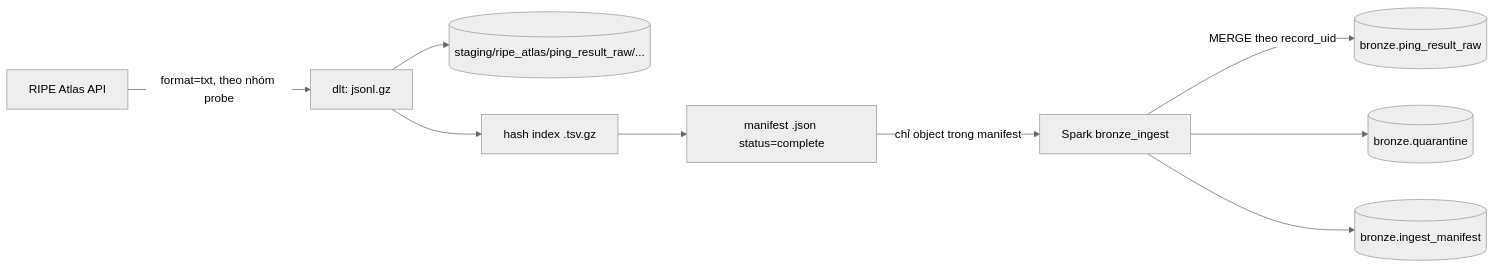
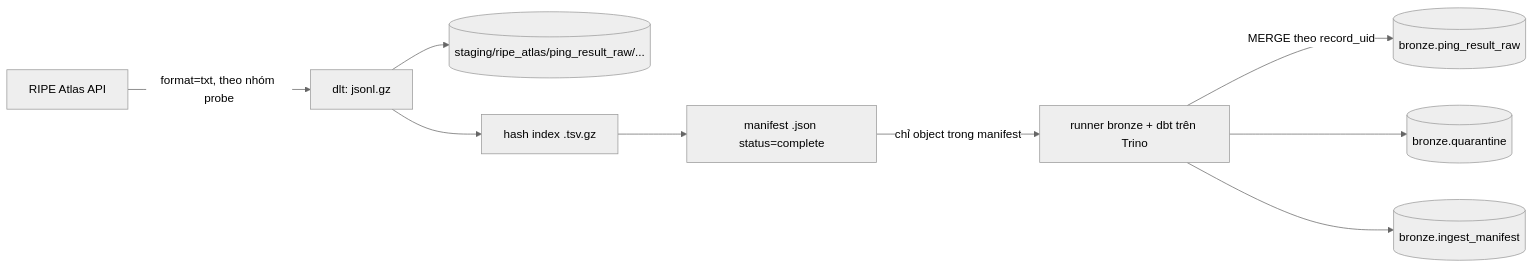
Before and after one commit to Taidung/ripe-atlas-lakehouse: the diagram in docs/data-contracts.md, drawn with Mermaid (neutral theme). The commit also changed other lines of this file and 131 other files, not shown here.

First line of the commit message:
refactor: tầng biến đổi chuyển từ Spark sang dbt trên Trino; bỏ GX và OpenMetadata

````diff
--- a/docs/data-contracts.md
+++ b/docs/data-contracts.md
@@ -11,11 +11,11 @@
 ```mermaid
 flowchart LR
   A[RIPE Atlas API] -->|format=txt, theo nhóm probe| B[dlt: jsonl.gz]
   B --> C[(staging/ripe_atlas/ping_result_raw/...)]
   B --> D[hash index .tsv.gz]
   D --> E[manifest .json status=complete]
-  E -->|chỉ object trong manifest| F[Spark bronze_ingest]
+  E -->|chỉ object trong manifest| F[runner bronze + dbt trên Trino]
   F -->|MERGE theo record_uid| G[(bronze.ping_result_raw)]
   F --> H[(bronze.quarantine)]
   F --> I[(bronze.ingest_manifest)]
 ```
````
